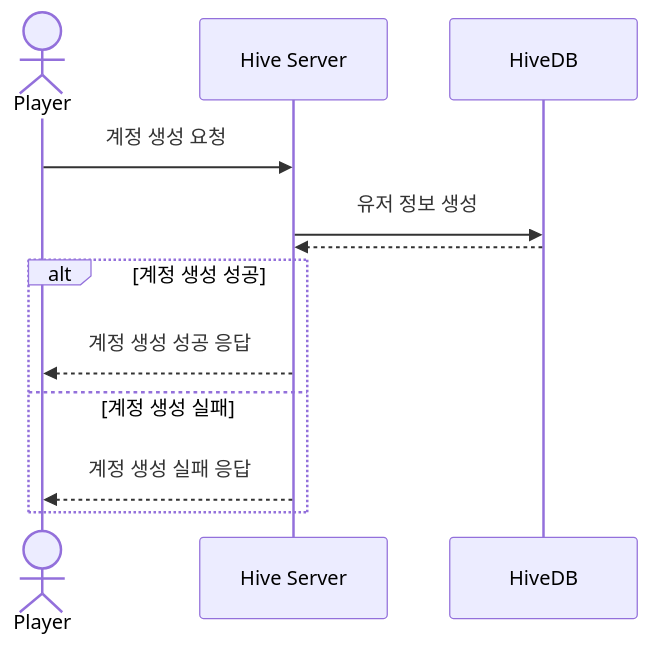
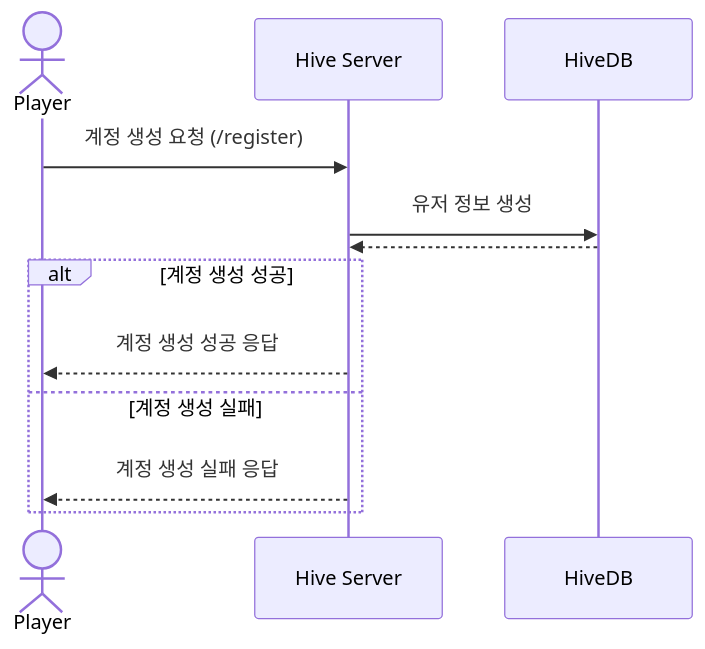
Before and after one commit to yujinS0/Omok-Game: the first of 2 diagrams in SequenceDiagram/Register-Login.md, drawn with Mermaid. The commit also changed other lines of this file, not shown here.

````diff
--- a/SequenceDiagram/Register-Login.md
+++ b/SequenceDiagram/Register-Login.md
@@ -5,15 +5,15 @@
 ```mermaid
 sequenceDiagram
 	actor P as Player
 	participant H as Hive Server
 	participant HD as HiveDB
 
-	P ->> H: 계정 생성 요청
+	P ->> H: 계정 생성 요청 (/register)
 	H ->> HD : 유저 정보 생성
 	HD -->> H : 
 	alt 계정 생성 성공
   		H -->> P: 계정 생성 성공 응답
 	else 계정 생성 실패
   		H -->> P: 계정 생성 실패 응답
 	end
 ```
````
